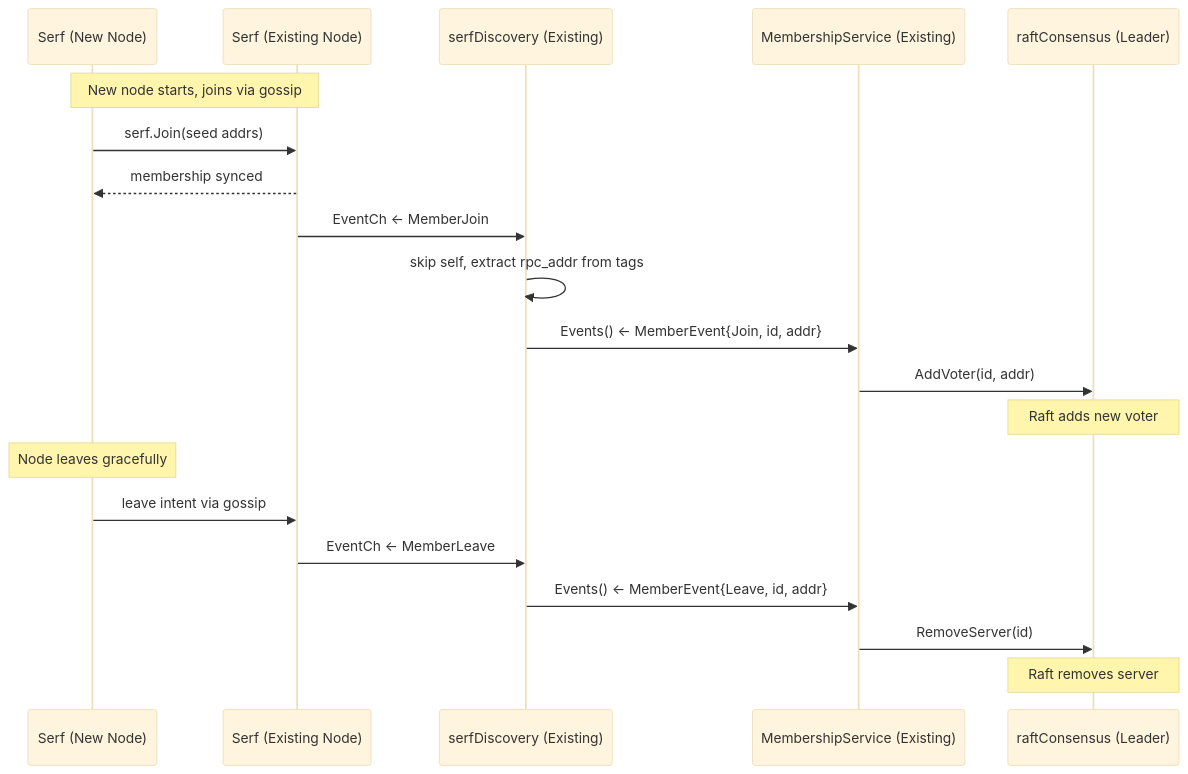
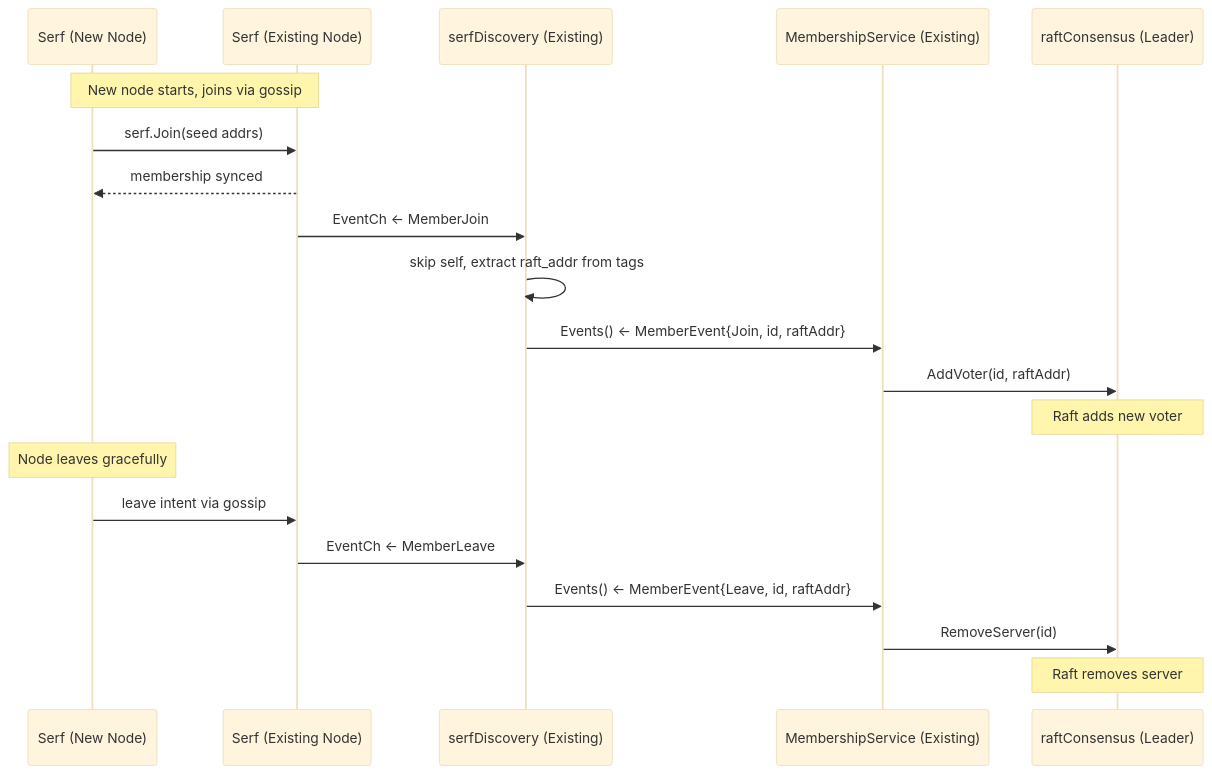
The third of 3 diagrams in README.md (w-h-a/tally), drawn with Mermaid (base theme) before and after one commit. The commit also changed other lines of this file and 2 other files, not shown here.

Commit message:
docs: update README (#37)

````diff
--- a/README.md
+++ b/README.md
@@ -122,25 +124,25 @@
 ```mermaid
 sequenceDiagram
     participant NS as Serf (New Node)
     participant ES as Serf (Existing Node)
     participant SD as serfDiscovery (Existing)
     participant MS as MembershipService (Existing)
     participant RC as raftConsensus (Leader)
 
     Note over NS,ES: New node starts, joins via gossip
     NS->>ES: serf.Join(seed addrs)
     ES-->>NS: membership synced
 
     ES->>SD: EventCh <- MemberJoin
-    SD->>SD: skip self, extract rpc_addr from tags
-    SD->>MS: Events() <- MemberEvent{Join, id, addr}
-    MS->>RC: AddVoter(id, addr)
+    SD->>SD: skip self, extract raft_addr from tags
+    SD->>MS: Events() <- MemberEvent{Join, id, raftAddr}
+    MS->>RC: AddVoter(id, raftAddr)
     Note over RC: Raft adds new voter
 
     Note over NS: Node leaves gracefully
     NS->>ES: leave intent via gossip
     ES->>SD: EventCh <- MemberLeave
-    SD->>MS: Events() <- MemberEvent{Leave, id, addr}
+    SD->>MS: Events() <- MemberEvent{Leave, id, raftAddr}
     MS->>RC: RemoveServer(id)
     Note over RC: Raft removes server
 ```
````
